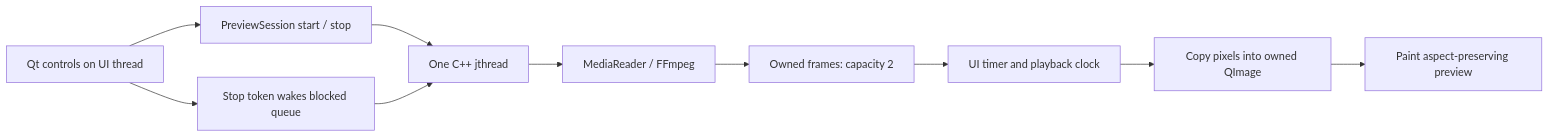
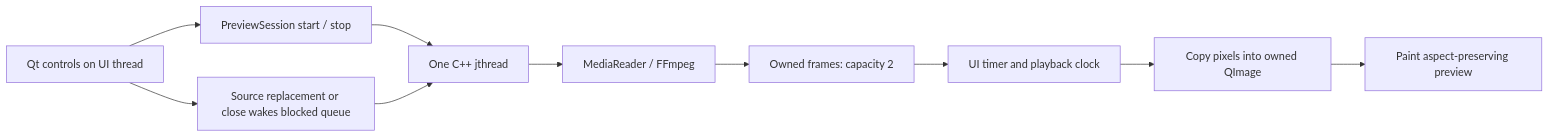
One commit to MogProgJ/FrameTrail changed the diagram in docs/DEVELOPMENT.md. Above: the diagram before and after it, drawn with Mermaid. The commit also changed other lines of this file and 12 other files, not shown here.

````diff
--- a/docs/DEVELOPMENT.md
+++ b/docs/DEVELOPMENT.md
@@ -102,12 +102,12 @@
 ```mermaid
 flowchart LR
     UI[Qt controls on UI thread] --> SESSION[PreviewSession start / stop]
     SESSION --> WORKER[One C++ jthread]
     WORKER --> READER[MediaReader / FFmpeg]
     READER --> QUEUE[Owned frames: capacity 2]
     QUEUE --> TIMER[UI timer and playback clock]
     TIMER --> IMAGE[Copy pixels into owned QImage]
     IMAGE --> CANVAS[Paint aspect-preserving preview]
-    UI --> CANCEL[Stop token wakes blocked queue]
+    UI --> CANCEL[Source replacement or close wakes blocked queue]
     CANCEL --> WORKER
 ```
````
